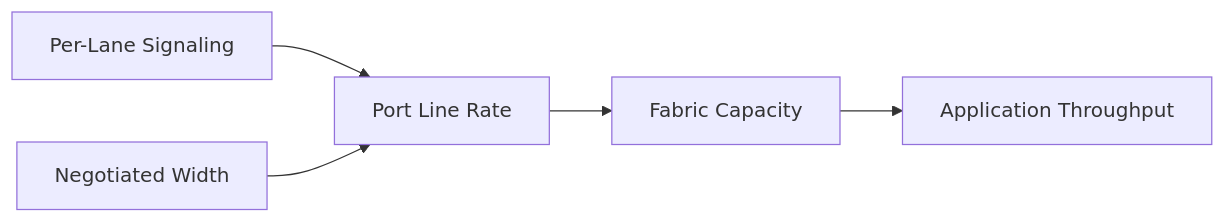
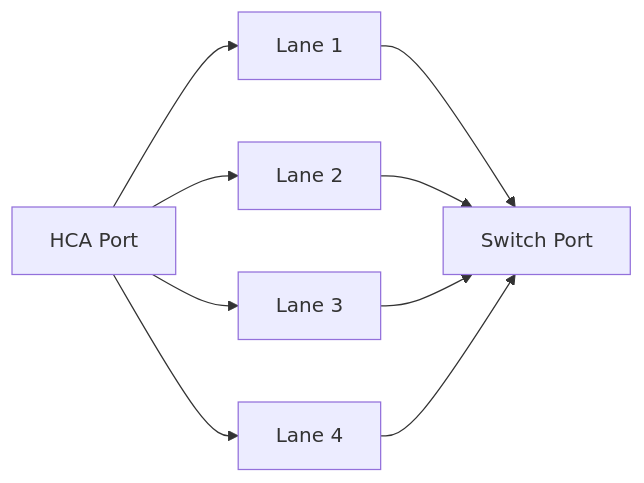
Before and after one commit to jithinpnjm/nvidia-devops: the first of 2 diagrams in docs/nvidia-zero-to-hero/volume-08/chapter-08-hdr-ndr-xdr-and-link-evolution.md, drawn with Mermaid. The commit also changed other lines of this file and 11 other files, not shown here.

````diff
--- a/docs/nvidia-zero-to-hero/volume-08/chapter-08-hdr-ndr-xdr-and-link-evolution.md
+++ b/docs/nvidia-zero-to-hero/volume-08/chapter-08-hdr-ndr-xdr-and-link-evolution.md
@@ -18,11 +85,14 @@
 ```mermaid
 flowchart LR
-    Lane[Per-Lane Signaling]
-    Width[Negotiated Width]
-    Port[Port Line Rate]
-    Fabric[Fabric Capacity]
-    App[Application Throughput]
-    Lane --> Port
-    Width --> Port
-    Port --> Fabric --> App
+    HCA[HCA Port]
+    L1[Lane 1]
+    L2[Lane 2]
+    L3[Lane 3]
+    L4[Lane 4]
+    SW[Switch Port]
+
+    HCA --> L1 --> SW
+    HCA --> L2 --> SW
+    HCA --> L3 --> SW
+    HCA --> L4 --> SW
 ```
````
